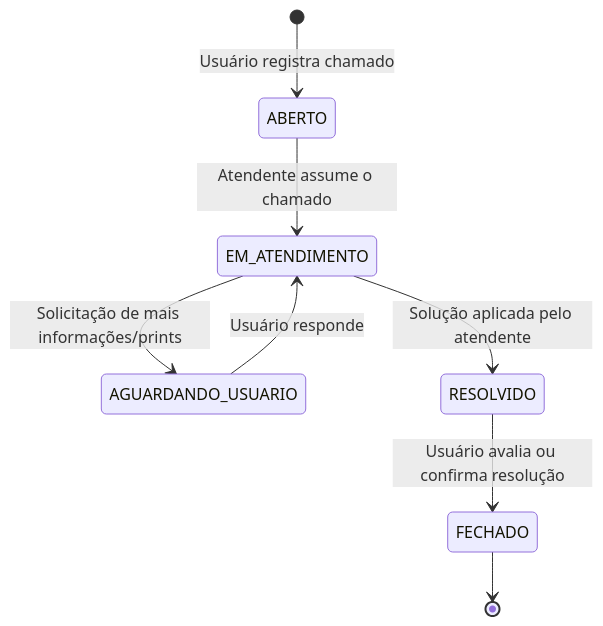
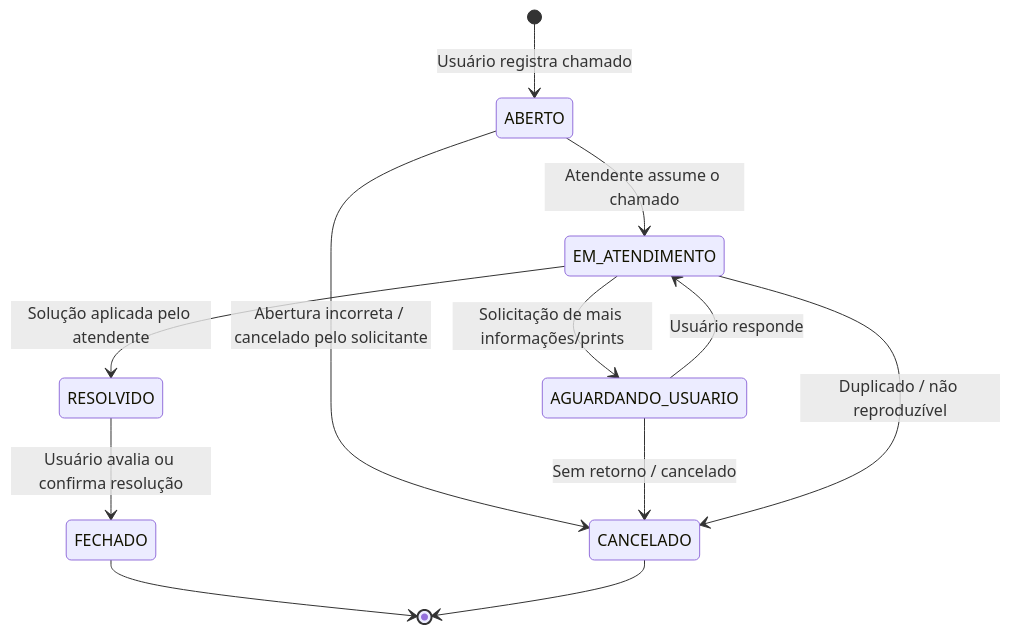
One commit to lucena1988/faturamed changed the diagram in docs/service-desk.md. Above: the diagram before and after it, drawn with Mermaid. The commit also changed other lines of this file and 9 other files, not shown here.

````diff
--- a/docs/service-desk.md
+++ b/docs/service-desk.md
@@ -55,10 +60,14 @@
 ```mermaid
 stateDiagram-v2
     [*] --> ABERTO: Usuário registra chamado
     ABERTO --> EM_ATENDIMENTO: Atendente assume o chamado
+    ABERTO --> CANCELADO: Abertura incorreta / cancelado pelo solicitante
     EM_ATENDIMENTO --> AGUARDANDO_USUARIO: Solicitação de mais informações/prints
     AGUARDANDO_USUARIO --> EM_ATENDIMENTO: Usuário responde
+    AGUARDANDO_USUARIO --> CANCELADO: Sem retorno / cancelado
+    EM_ATENDIMENTO --> CANCELADO: Duplicado / não reproduzível
     EM_ATENDIMENTO --> RESOLVIDO: Solução aplicada pelo atendente
     RESOLVIDO --> FECHADO: Usuário avalia ou confirma resolução
     FECHADO --> [*]
+    CANCELADO --> [*]
 ```
````
